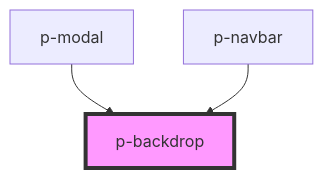
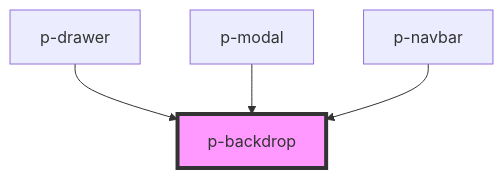
One commit to Employes/paperless changed the diagram in packages/core/src/components/atoms/backdrop/readme.md. Above: the diagram before and after it, drawn with Mermaid. The commit also changed other lines of this file and 3 other files, not shown here.

Commit message:
feat(Atoms/Backdrop): Add backdrop click event & drawer variant

````diff
--- a/packages/core/src/components/atoms/backdrop/readme.md
+++ b/packages/core/src/components/atoms/backdrop/readme.md
@@ -29,6 +32,7 @@
 ```mermaid
 graph TD;
+  p-drawer --> p-backdrop
   p-modal --> p-backdrop
   p-navbar --> p-backdrop
   style p-backdrop fill:#f9f,stroke:#333,stroke-width:4px
 ```
````
